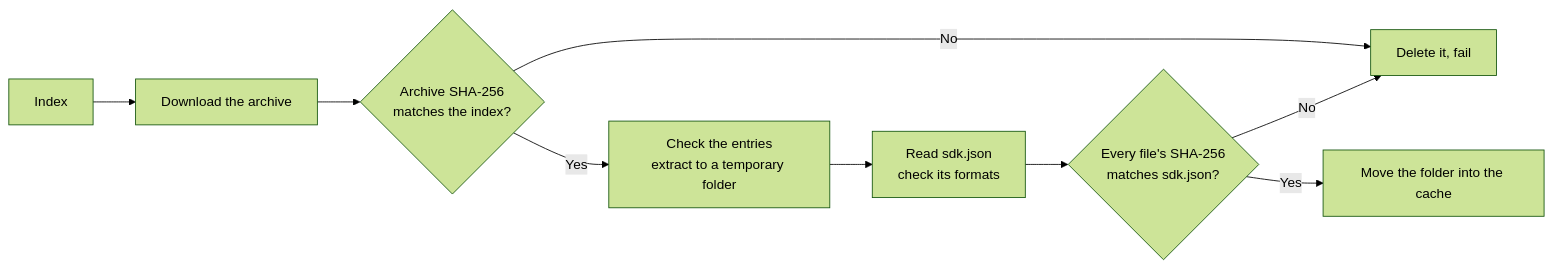
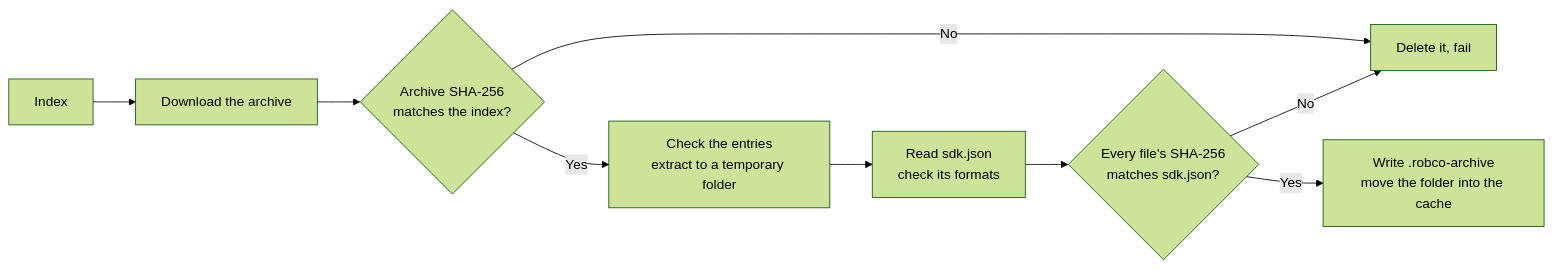
The first of 2 diagrams in docs/spec/SDK_PACKAGE.md (RobCo-Industries/RobCo-Core), drawn with Mermaid (forest theme) before and after one commit. The commit also changed other lines of this file and 10 other files, not shown here.

````diff
--- a/docs/spec/SDK_PACKAGE.md
+++ b/docs/spec/SDK_PACKAGE.md
@@ -56,11 +73,11 @@
 ```mermaid
 flowchart LR
     I["Index"] --> D["Download the archive"]
     D --> H1{"Archive SHA-256<br/>matches the index?"}
     H1 -- No --> X["Delete it, fail"]
     H1 -- Yes --> Z["Check the entries<br/>extract to a temporary folder"]
     Z --> S["Read sdk.json<br/>check its formats"]
     S --> H2{"Every file's SHA-256<br/>matches sdk.json?"}
     H2 -- No --> X
-    H2 -- Yes --> M["Move the folder into the cache"]
+    H2 -- Yes --> M["Write .robco-archive<br/>move the folder into the cache"]
 ```
````
